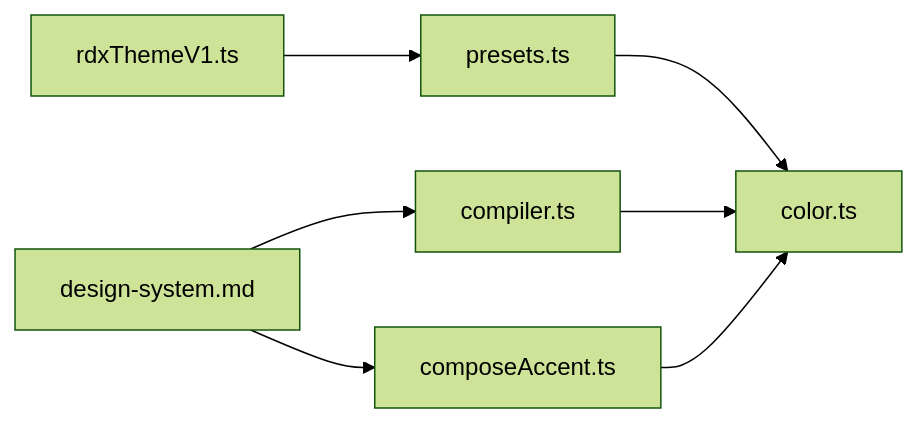
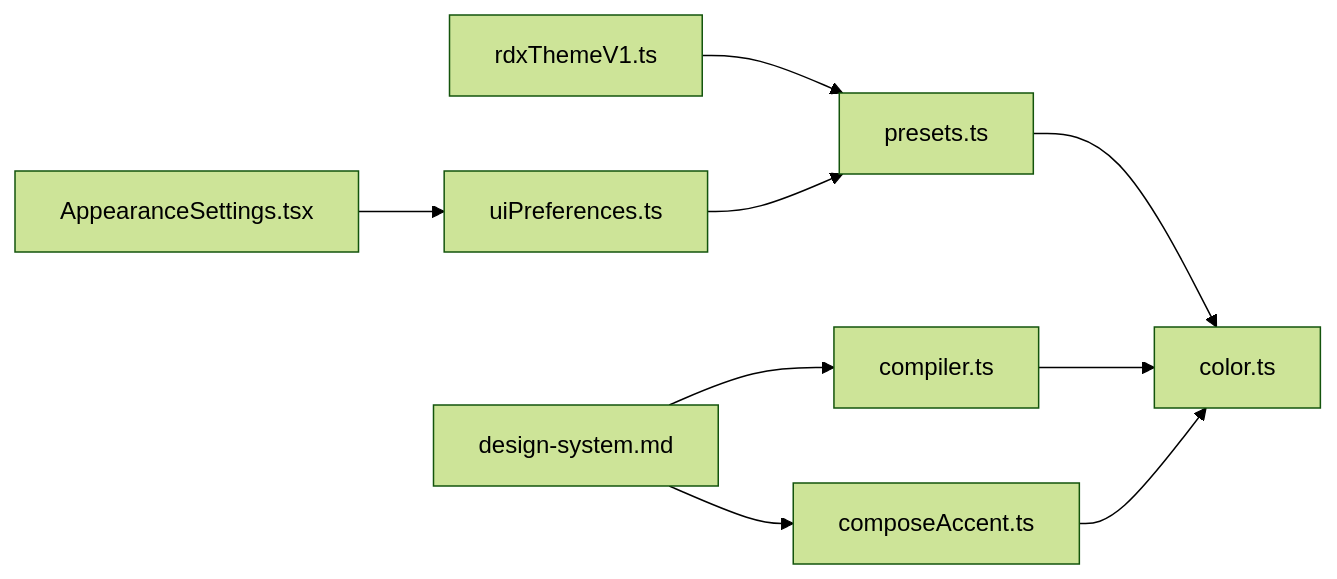
Before and after one commit to haolange/RDC-Agent: the third of 3 diagrams in .qoder/repowiki/zh/content/用户界面/设置面板/外观设置.md, drawn with Mermaid (forest theme). The commit also changed other lines of this file and 208 other files, not shown here.

````diff
--- a/.qoder/repowiki/zh/content/用户界面/设置面板/外观设置.md
+++ b/.qoder/repowiki/zh/content/用户界面/设置面板/外观设置.md
@@ -179,9 +214,11 @@
 ```mermaid
 graph LR
 Presets["presets.ts"] --> Color["color.ts"]
 Compiler["compiler.ts"] --> Color
 Compose["composeAccent.ts"] --> Color
 RDX["rdxThemeV1.ts"] --> Presets
+UIPrefs["uiPreferences.ts"] --> Presets
+Appearance["AppearanceSettings.tsx"] --> UIPrefs
 Design["design-system.md"] --> Compiler
 Design --> Compose
 ```
````
